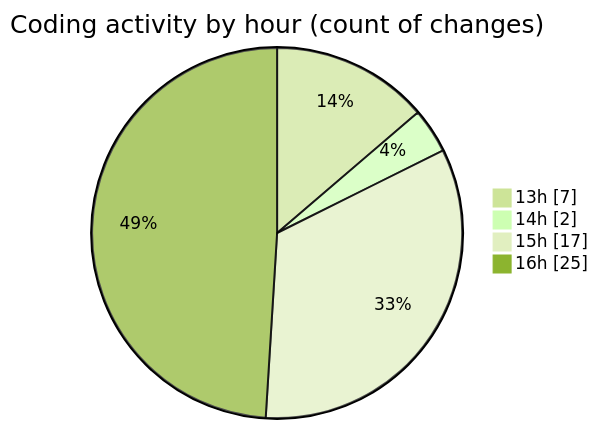
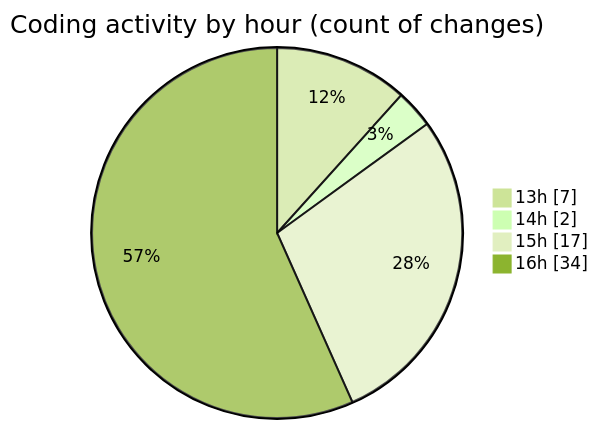
The second of 2 diagrams in 2025-02-24/micros/README.md (charlie-sans/code-tracking), drawn with Mermaid (forest theme) before and after one commit. The commit also changed other lines of this file and 1 other file, not shown here.

````diff
--- a/2025-02-24/micros/README.md
+++ b/2025-02-24/micros/README.md
@@ -43,8 +44,8 @@
 ```mermaid
 pie showData
 title Coding activity by hour (count of changes)
 "13h" : 7
 "14h" : 2
 "15h" : 17
-"16h" : 25
+"16h" : 34
 ```
````
